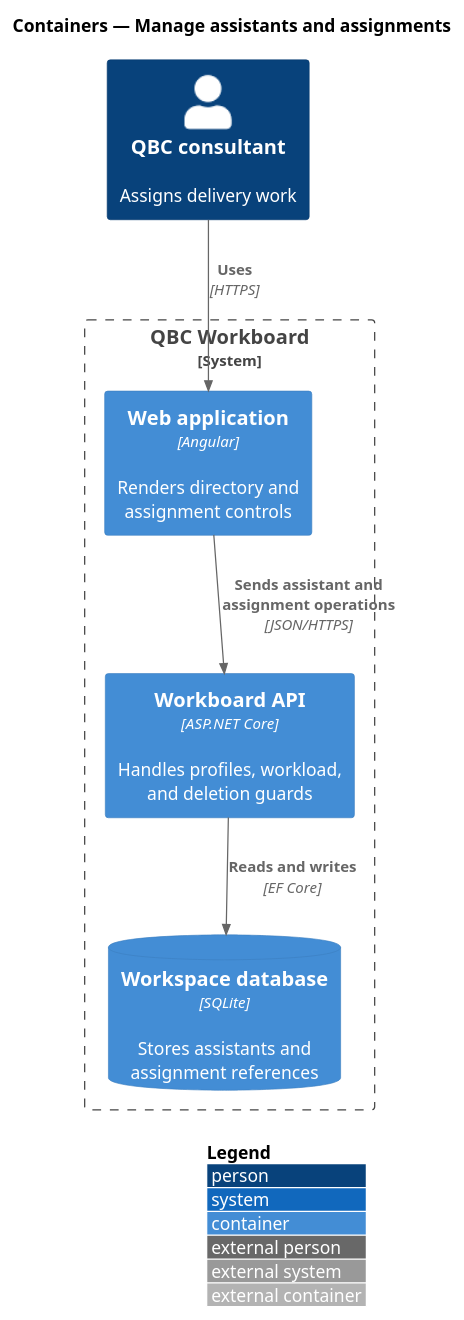
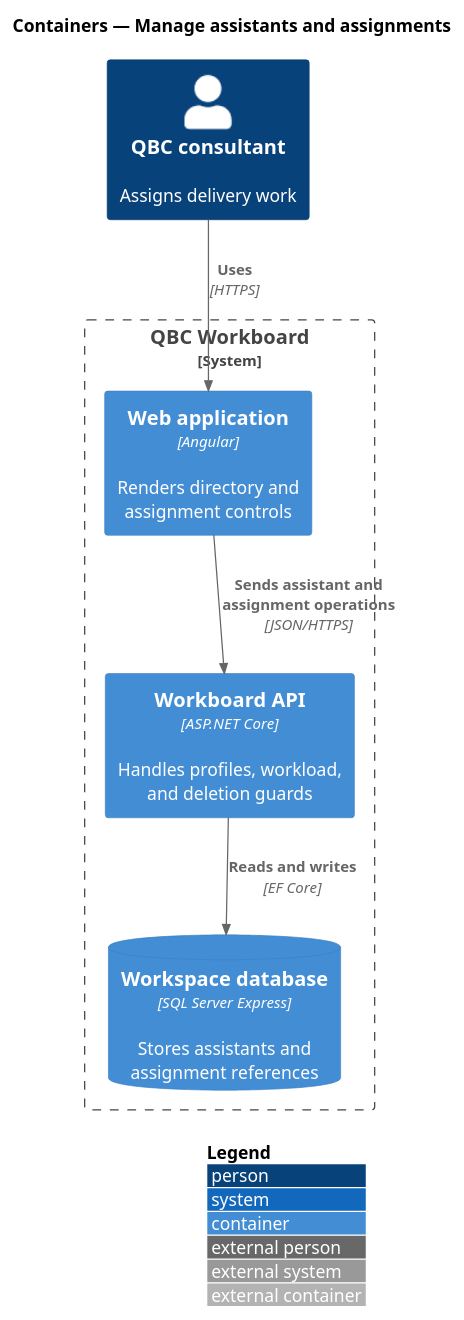
The diagram in docs/detailed-designs/work-items/manage-assistants-and-assignments/diagrams/c4-container.puml (QuinntyneBrown/quinntyne-brown-consulting), drawn with PlantUML before and after one commit. The commit also changed 60 other files, not shown here.

```diff
--- a/docs/detailed-designs/work-items/manage-assistants-and-assignments/diagrams/c4-container.puml
+++ b/docs/detailed-designs/work-items/manage-assistants-and-assignments/diagrams/c4-container.puml
@@ -1,16 +1,16 @@
 @startuml
 !include <C4/C4_Container>
 LAYOUT_WITH_LEGEND()
 title Containers — Manage assistants and assignments
 
 Person(consultant, "QBC consultant", "Assigns delivery work")
 System_Boundary(workboard, "QBC Workboard") {
   Container(spa, "Web application", "Angular", "Renders directory and assignment controls")
   Container(api, "Workboard API", "ASP.NET Core", "Handles profiles, workload, and deletion guards")
-  ContainerDb(db, "Workspace database", "SQLite", "Stores assistants and assignment references")
+  ContainerDb(db, "Workspace database", "SQL Server Express", "Stores assistants and assignment references")
 }
 
 Rel(consultant, spa, "Uses", "HTTPS")
 Rel(spa, api, "Sends assistant and assignment operations", "JSON/HTTPS")
 Rel(api, db, "Reads and writes", "EF Core")
 @enduml
```
